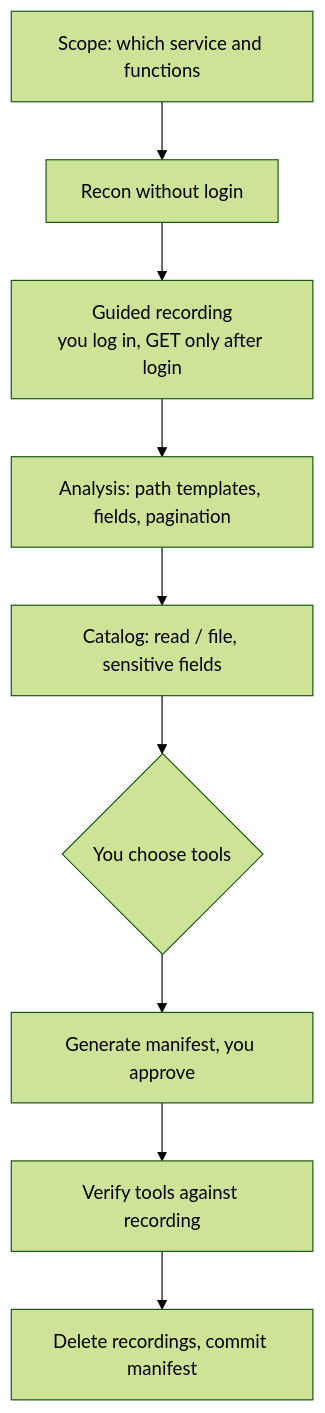
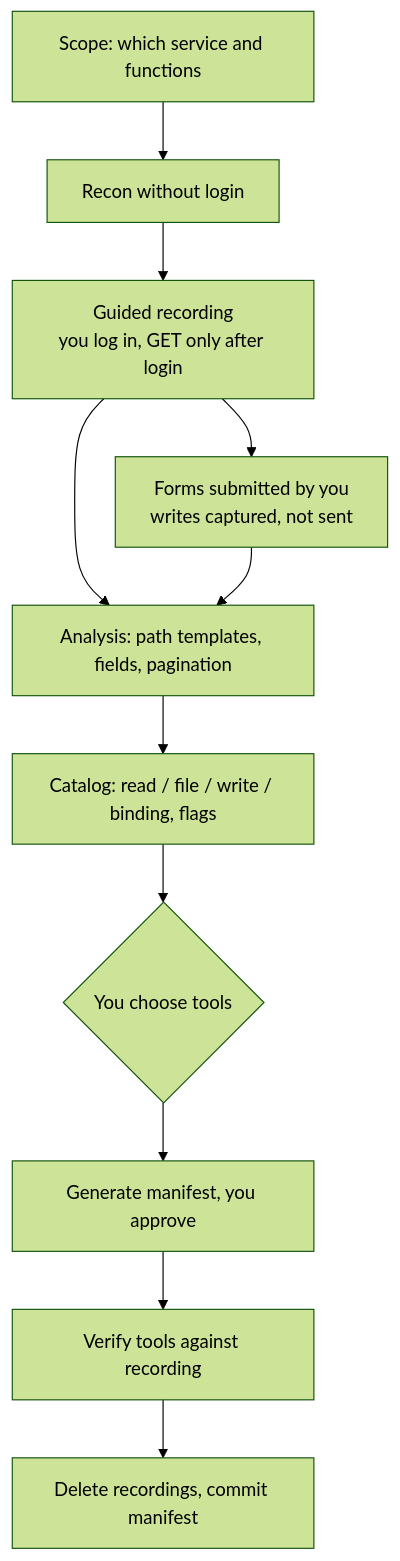
The third of 4 diagrams in README.md (markstrom/portal-mcp), drawn with Mermaid (forest theme) before and after one commit. The commit also changed other lines of this file and 15 other files, not shown here.

First line of the commit message:
Phase 3: write and binding tools with human approval

````diff
--- a/README.md
+++ b/README.md
@@ -66,11 +67,13 @@
 ```mermaid
 flowchart TD
     A[Scope: which service and functions] --> B[Recon without login]
     B --> C[Guided recording<br/>you log in, GET only after login]
     C --> D[Analysis: path templates, fields, pagination]
-    D --> E[Catalog: read / file, sensitive fields]
+    C --> W[Forms submitted by you<br/>writes captured, not sent]
+    W --> D
+    D --> E[Catalog: read / file / write / binding, flags]
     E --> F{You choose tools}
     F --> G[Generate manifest, you approve]
     G --> H[Verify tools against recording]
     H --> I[Delete recordings, commit manifest]
 ```
````
